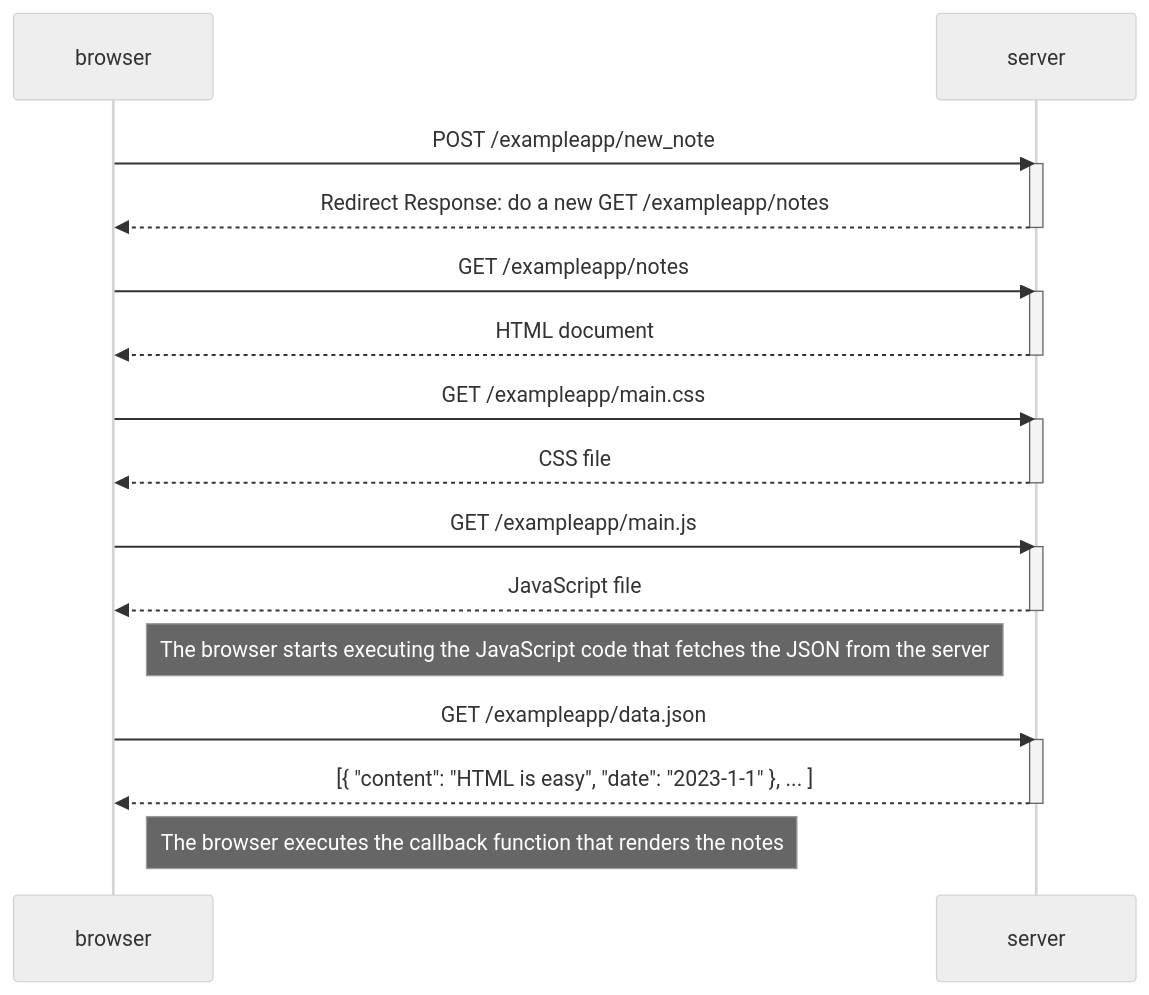
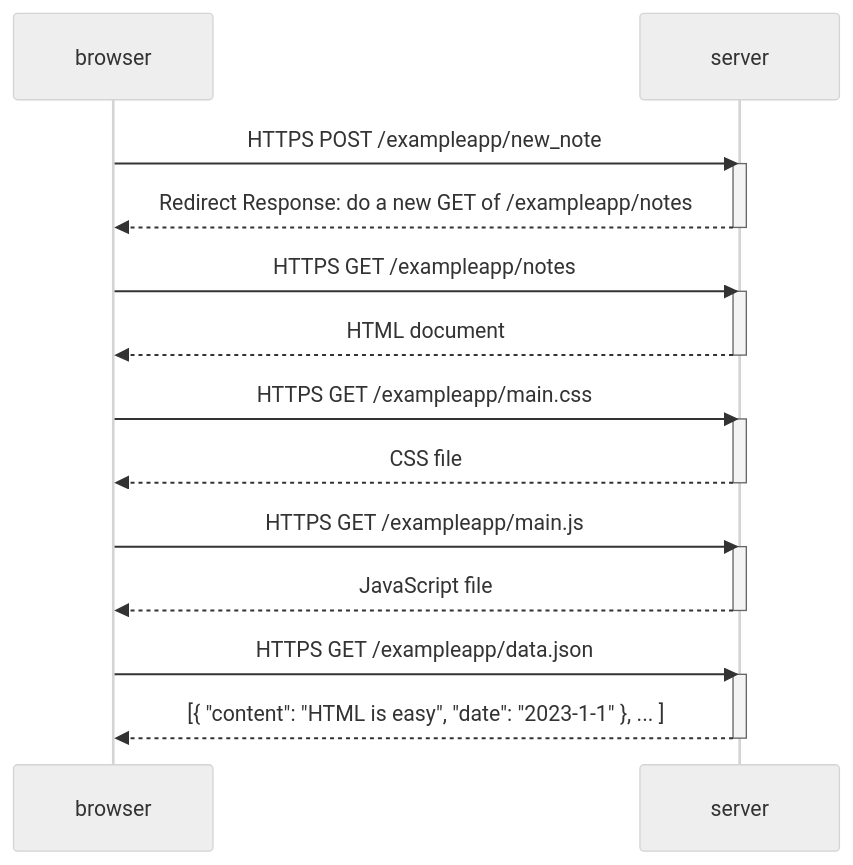
The diagram in part0/0.4-new-note-diagram/diagram-0.4.md (PhillipBurrows/full-stack-open-exercises), drawn with Mermaid (neutral theme) before and after one commit.

````diff
--- a/part0/0.4-new-note-diagram/diagram-0.4.md
+++ b/part0/0.4-new-note-diagram/diagram-0.4.md
@@ -3,34 +3,30 @@
 ```mermaid
 sequenceDiagram
     participant browser
     participant server
     
-    browser->>server: POST /exampleapp/new_note
+    browser->>server: HTTPS POST /exampleapp/new_note
     activate server
-    server-->>browser: Redirect Response: do a new GET /exampleapp/notes
+    server-->>browser: Redirect Response: do a new GET of /exampleapp/notes
     deactivate server
     
-    browser->>server: GET /exampleapp/notes
+    browser->>server: HTTPS GET /exampleapp/notes
     activate server
     server-->>browser: HTML document
     deactivate server
     
-    browser->>server: GET /exampleapp/main.css
+    browser->>server: HTTPS GET /exampleapp/main.css
     activate server
     server-->>browser: CSS file
     deactivate server
     
-    browser->>server: GET /exampleapp/main.js
+    browser->>server: HTTPS GET /exampleapp/main.js
     activate server
     server-->>browser: JavaScript file
     deactivate server
     
-    Note right of browser: The browser starts executing the JavaScript code that fetches the JSON from the server
-    
-    browser->>server: GET /exampleapp/data.json
+    browser->>server: HTTPS GET /exampleapp/data.json
     activate server
     server-->>browser: [{ "content": "HTML is easy", "date": "2023-1-1" }, ... ]
     deactivate server    
-
-    Note right of browser: The browser executes the callback function that renders the notes 
 ```
````
